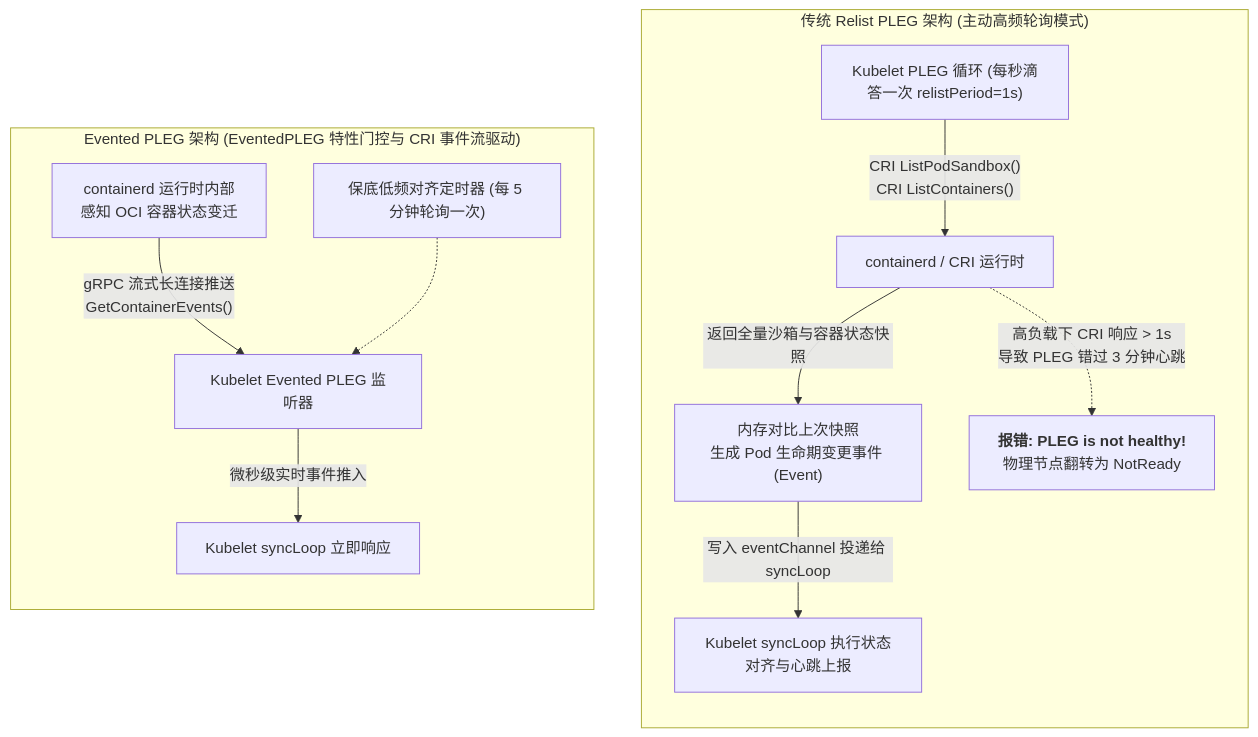
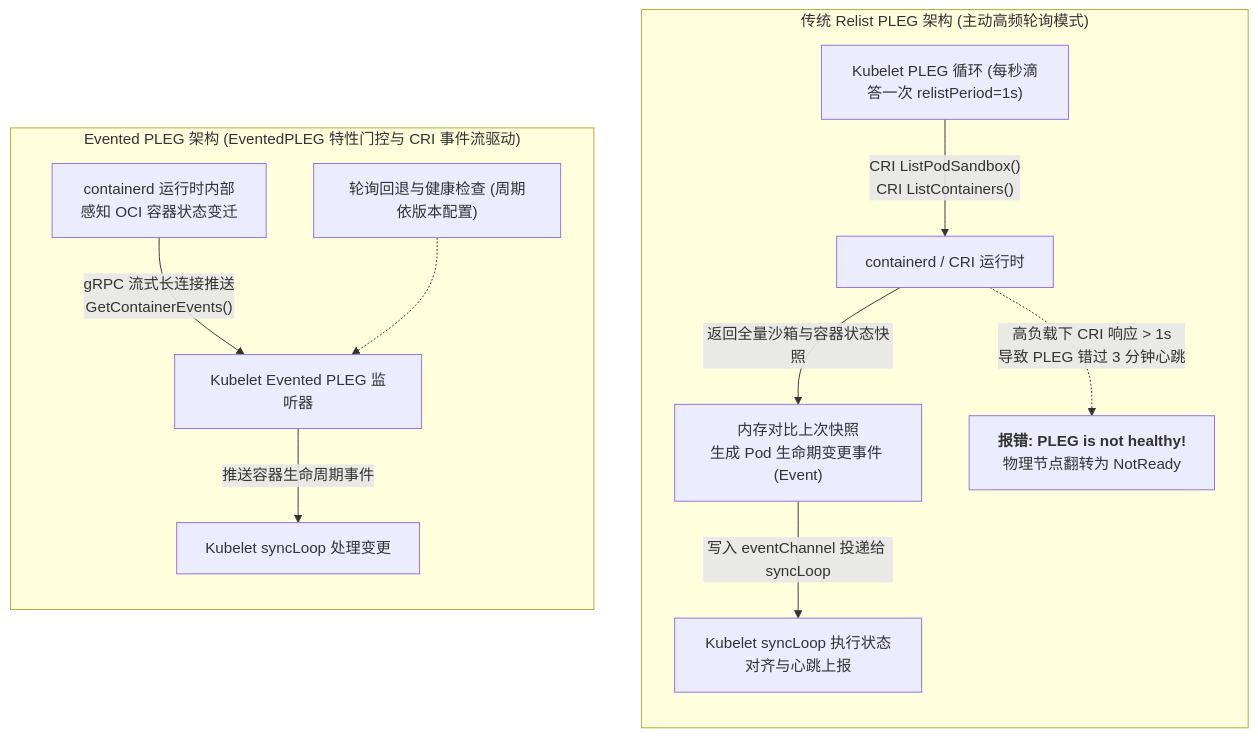
The first of 3 diagrams in content/zh/articles/k8s-runtime-nri-kata-gvisor-kernel-tuning.md (ifnodoraemon/ifnodoraemon.github.io), drawn with Mermaid before and after one commit. The commit also changed other lines of this file and 86 other files, not shown here.

````diff
--- a/content/zh/articles/k8s-runtime-nri-kata-gvisor-kernel-tuning.md
+++ b/content/zh/articles/k8s-runtime-nri-kata-gvisor-kernel-tuning.md
@@ -48,17 +49,17 @@
 ```mermaid
 flowchart TD
     subgraph TraditionalPLEG["传统 Relist PLEG 架构 (主动高频轮询模式)"]
         direction TB
         T1["Kubelet PLEG 循环 (每秒滴答一次 relistPeriod=1s)"] -->|"CRI ListPodSandbox()<br/>CRI ListContainers()"| T2["containerd / CRI 运行时"]
         T2 -->|"返回全量沙箱与容器状态快照"| T3["内存对比上次快照<br/>生成 Pod 生命期变更事件 (Event)"]
         T3 -->|"写入 eventChannel 投递给 syncLoop"| T4["Kubelet syncLoop 执行状态对齐与心跳上报"]
         T2 -.->|"高负载下 CRI 响应 > 1s<br/>导致 PLEG 错过 3 分钟心跳"| T5["<b>报错: PLEG is not healthy!</b><br/>物理节点翻转为 NotReady"]
     end
 
     subgraph EventedPLEG["Evented PLEG 架构 (EventedPLEG 特性门控与 CRI 事件流驱动)"]
         direction TB
         E1["containerd 运行时内部<br/>感知 OCI 容器状态变迁"] -->|"gRPC 流式长连接推送<br/>GetContainerEvents()"| E2["Kubelet Evented PLEG 监听器"]
-        E2 -->|"微秒级实时事件推入"| E3["Kubelet syncLoop 立即响应"]
-        E4["保底低频对齐定时器 (每 5 分钟轮询一次)"] -.-> E2
+        E2 -->|"推送容器生命周期事件"| E3["Kubelet syncLoop 处理变更"]
+        E4["轮询回退与健康检查 (周期依版本配置)"] -.-> E2
     end
 ```
````
